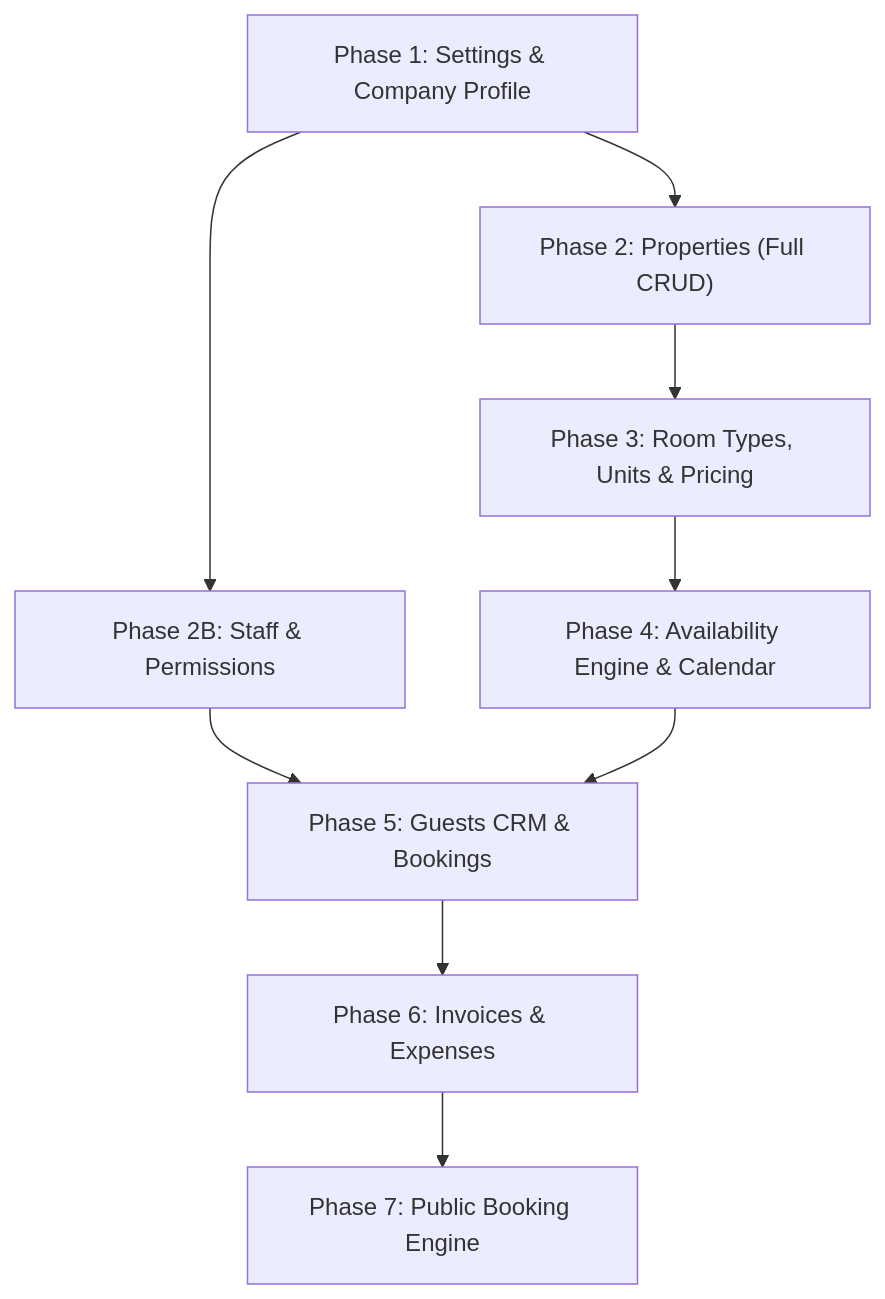
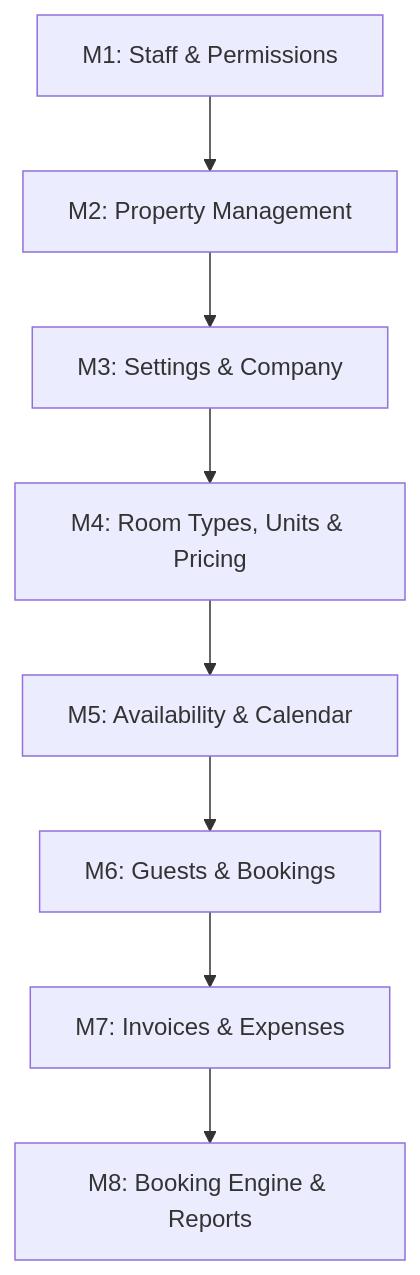
Before and after one commit to XTrendLabs/nineteescrib: the diagram in docs/BACKEND_ROADMAP.md, drawn with Mermaid. The commit also changed other lines of this file, not shown here.

Commit message:
refactor: simplify backend roadmap document structure and roadmap progression logic

````diff
--- a/docs/BACKEND_ROADMAP.md
+++ b/docs/BACKEND_ROADMAP.md
@@ -22,11 +23,10 @@
 ```mermaid
 graph TD
-    P1["Phase 1: Settings & Company Profile"] --> P2["Phase 2: Properties (Full CRUD)"]
-    P1 --> P2B["Phase 2B: Staff & Permissions"]
-    P2 --> P3["Phase 3: Room Types, Units & Pricing"]
-    P3 --> P4["Phase 4: Availability Engine & Calendar"]
-    P2B --> P5["Phase 5: Guests CRM & Bookings"]
-    P4 --> P5
-    P5 --> P6["Phase 6: Invoices & Expenses"]
-    P6 --> P7["Phase 7: Public Booking Engine"]
+    M1["M1: Staff & Permissions"] --> M2["M2: Property Management"]
+    M2 --> M3["M3: Settings & Company"]
+    M3 --> M4["M4: Room Types, Units & Pricing"]
+    M4 --> M5["M5: Availability & Calendar"]
+    M5 --> M6["M6: Guests & Bookings"]
+    M6 --> M7["M7: Invoices & Expenses"]
+    M7 --> M8["M8: Booking Engine & Reports"]
 ```
````
